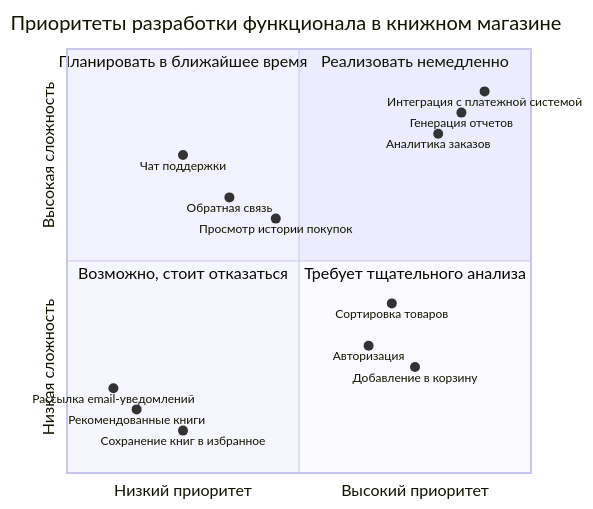
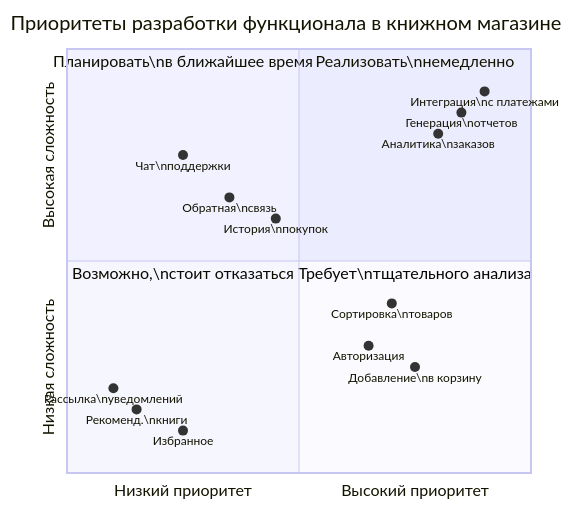
One commit to akneshoot/ShopWeb changed the third of 3 diagrams in README.md. Above: the diagram before and after it, drawn with Mermaid. The commit also changed other lines of this file, not shown here.

````diff
--- a/README.md
+++ b/README.md
@@ -94,22 +79,22 @@
-  ```mermaid
-  quadrantChart
-      title Приоритеты разработки функционала в книжном магазине
-      x-axis "Низкий приоритет" --> "Высокий приоритет"
-      y-axis "Низкая сложность" --> "Высокая сложность"
-      quadrant-1 "Реализовать немедленно"
-      quadrant-2 "Планировать в ближайшее время"
-      quadrant-3 "Возможно, стоит отказаться"
-      quadrant-4 "Требует тщательного анализа"
-      "Чат поддержки": [0.25, 0.75]
-      "Обратная связь": [0.35, 0.65]
-      "Просмотр истории покупок": [0.45, 0.60]
-      "Генерация отчетов": [0.85, 0.85]
-      "Аналитика заказов": [0.80, 0.80]
-      "Интеграция с платежной системой": [0.90, 0.90]
-      "Добавление в корзину": [0.75, 0.25]
-      "Авторизация": [0.65, 0.30]
-      "Сортировка товаров": [0.70, 0.40]
-      "Рекомендованные книги": [0.15, 0.15]
-      "Сохранение книг в избранное": [0.25, 0.10]
-      "Рассылка email-уведомлений": [0.10, 0.20]
+```mermaid
+quadrantChart
+    title Приоритеты разработки функционала в книжном магазине
+    x-axis "Низкий приоритет" --> "Высокий приоритет"
+    y-axis "Низкая сложность" --> "Высокая сложность"
+    quadrant-1 "Реализовать\nнемедленно"
+    quadrant-2 "Планировать\nв ближайшее время"
+    quadrant-3 "Возможно,\nстоит отказаться"
+    quadrant-4 "Требует\nтщательного анализа"
+    "Чат\nподдержки": [0.25, 0.75]
+    "Обратная\nсвязь": [0.35, 0.65]
+    "История\nпокупок": [0.45, 0.60]
+    "Генерация\nотчетов": [0.85, 0.85]
+    "Аналитика\nзаказов": [0.80, 0.80]
+    "Интеграция\nс платежами": [0.90, 0.90]
+    "Добавление\nв корзину": [0.75, 0.25]
+    "Авторизация": [0.65, 0.30]
+    "Сортировка\nтоваров": [0.70, 0.40]
+    "Рекоменд.\nкниги": [0.15, 0.15]
+    "Избранное": [0.25, 0.10]
+    "Рассылка\nуведомлений": [0.10, 0.20]
 ```
````
